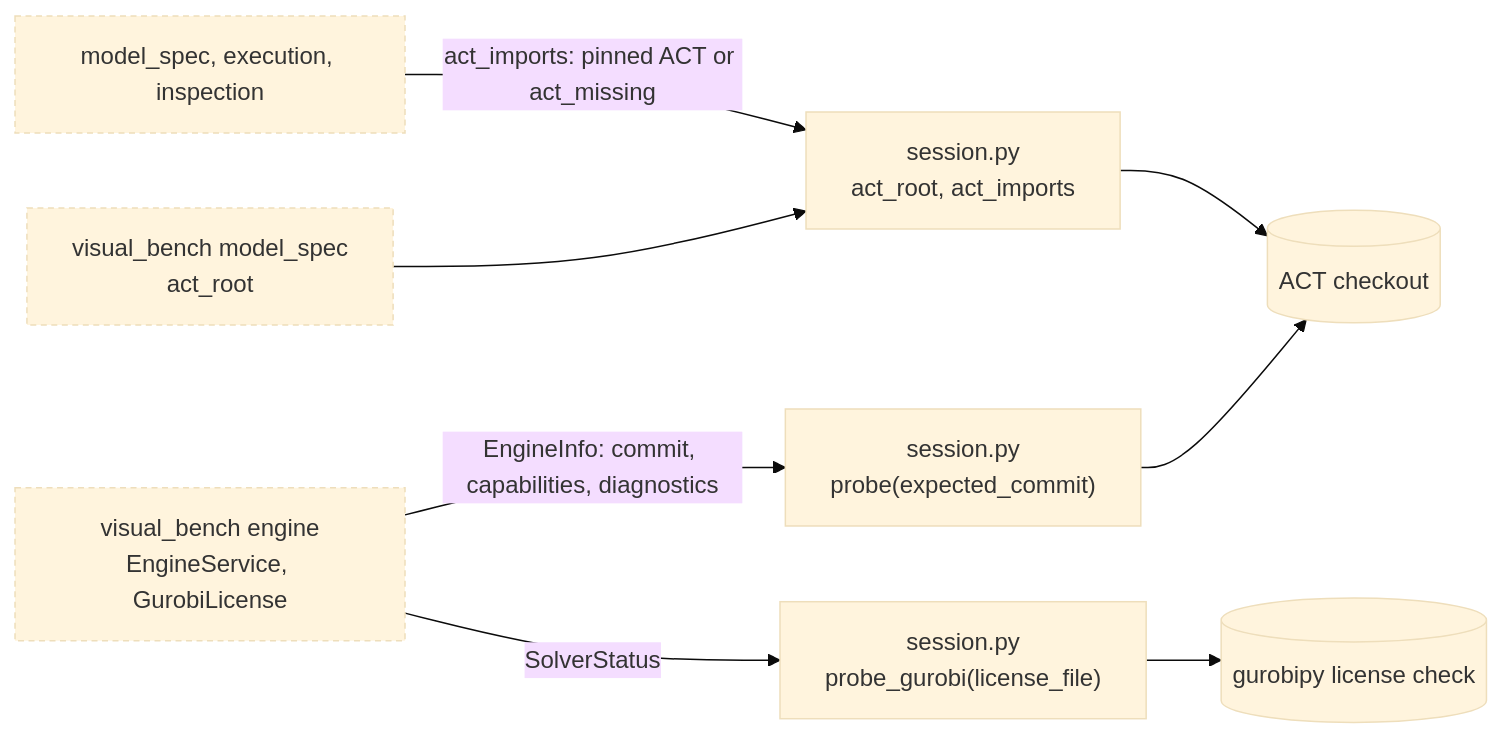
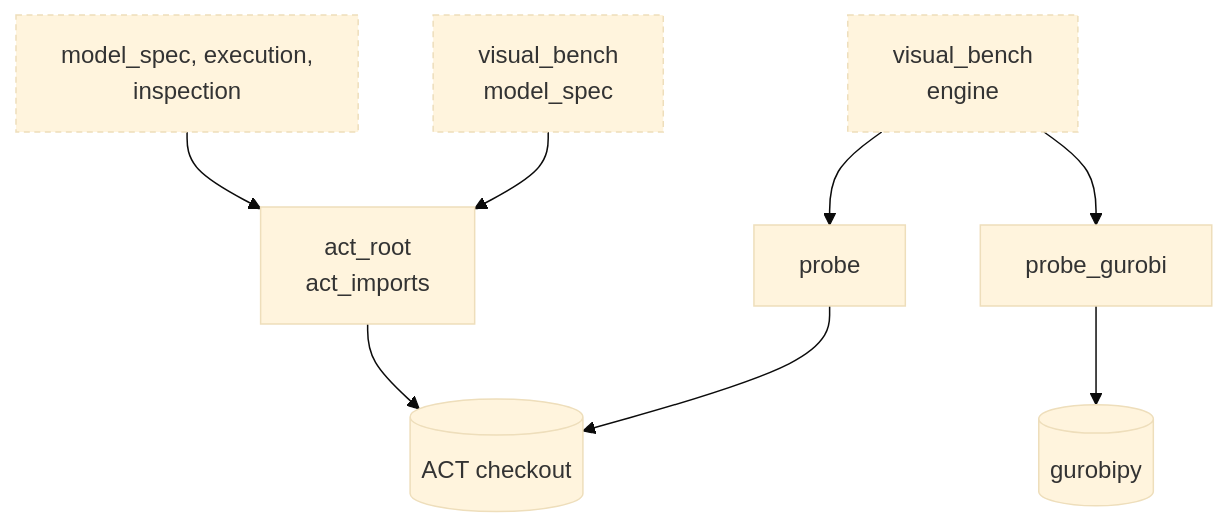
One commit to SVF-tools/ACT-GUI changed the diagram in engine_bridge/engine_session/README.md. Above: the diagram before and after it, drawn with Mermaid (base theme). The commit also changed 17 other files, not shown here.

Commit message:
lay out the README flow diagrams top-down so they stay legible on GitHub

````diff
--- a/engine_bridge/engine_session/README.md
+++ b/engine_bridge/engine_session/README.md
@@ -21,17 +21,15 @@
 ```mermaid
-flowchart LR
+flowchart TB
   classDef ext stroke-dasharray: 4 3
-  VE["visual_bench engine<br/>EngineService, GurobiLicense"]:::ext
-  VMS["visual_bench model_spec<br/>act_root"]:::ext
-  BR["model_spec, execution, inspection"]:::ext
-  P["session.py<br/>probe(expected_commit)"]
-  PG["session.py<br/>probe_gurobi(license_file)"]
-  AI["session.py<br/>act_root, act_imports"]
-  ACT[("ACT checkout")]
-  VE -- "EngineInfo: commit, capabilities, diagnostics" --> P
-  VE -- "SolverStatus" --> PG
+  VE["visual_bench<br/>engine"]:::ext
+  VMS["visual_bench<br/>model_spec"]:::ext
+  BR["model_spec, execution,<br/>inspection"]:::ext
+  P["probe"]
+  PG["probe_gurobi"]
+  AI["act_root<br/>act_imports"]
+  VE --> P & PG
   VMS --> AI
-  BR -- "act_imports: pinned ACT or act_missing" --> AI
-  P & AI --> ACT
-  PG --> GRB[("gurobipy license check")]
+  BR --> AI
+  P & AI --> ACT[("ACT checkout")]
+  PG --> GRB[("gurobipy")]
 ```
````
